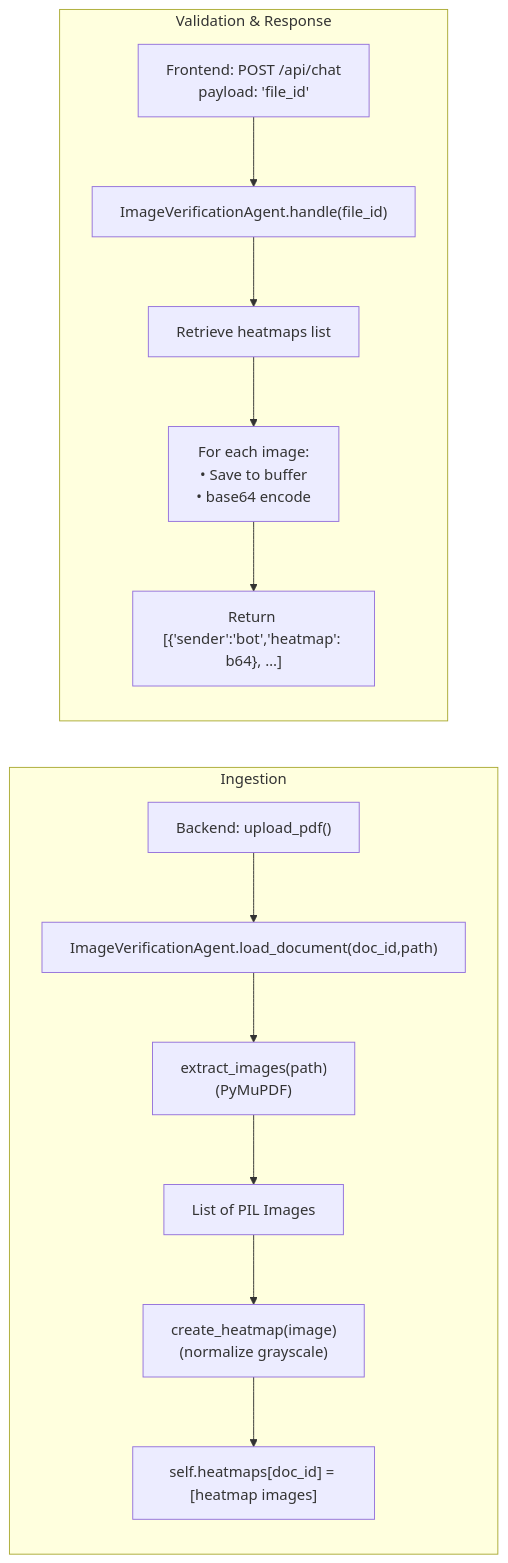
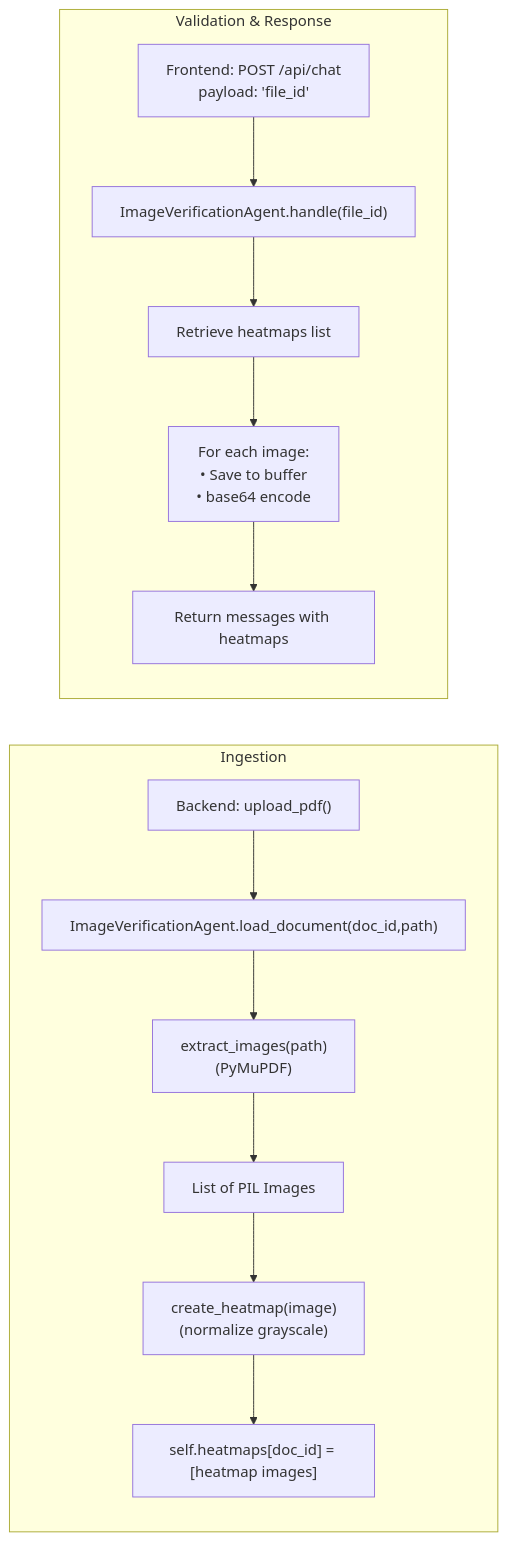
Before and after one commit to bluntjoint/agentic-ai: the fourth of 4 diagrams in AGENTS.md, drawn with Mermaid. The commit also changed other lines of this file, not shown here.

Commit message:
feat: fix agent flow errors

````diff
--- a/AGENTS.md
+++ b/AGENTS.md
@@ -94,17 +94,17 @@
 ```mermaid
 flowchart LR
   subgraph Ingestion
     A2["Backend: upload_pdf()"] --> B2["ImageVerificationAgent.load_document(doc_id,path)"]
-    B2 --> C2["extract_images(path)\n(PyMuPDF)"]
+    B2 --> C2["extract_images(path)<br/>(PyMuPDF)"]
     C2 --> D2["List of PIL Images"]
-    D2 --> E2["create_heatmap(image)\n(normalize grayscale)"]
+    D2 --> E2["create_heatmap(image)<br/>(normalize grayscale)"]
     E2 --> F2["self.heatmaps[doc_id] = [heatmap images]"]
   end
 
-  subgraph Validation & Response
-    G2["Frontend: POST /api/chat\npayload: 'file_id'"] --> H2["ImageVerificationAgent.handle(file_id)"]
+  subgraph Validation_Response["Validation & Response"]
+    G2["Frontend: POST /api/chat<br/>payload: 'file_id'"] --> H2["ImageVerificationAgent.handle(file_id)"]
     H2 --> I2["Retrieve heatmaps list"]
-    I2 --> J2["For each image:\n• Save to buffer\n• base64 encode"]
-    J2 --> K2["Return [{'sender':'bot','heatmap': b64}, …]"]
+    I2 --> J2["For each image:<br/>• Save to buffer<br/>• base64 encode"]
+    J2 --> K2["Return messages with heatmaps"]
   end
 ```
````
